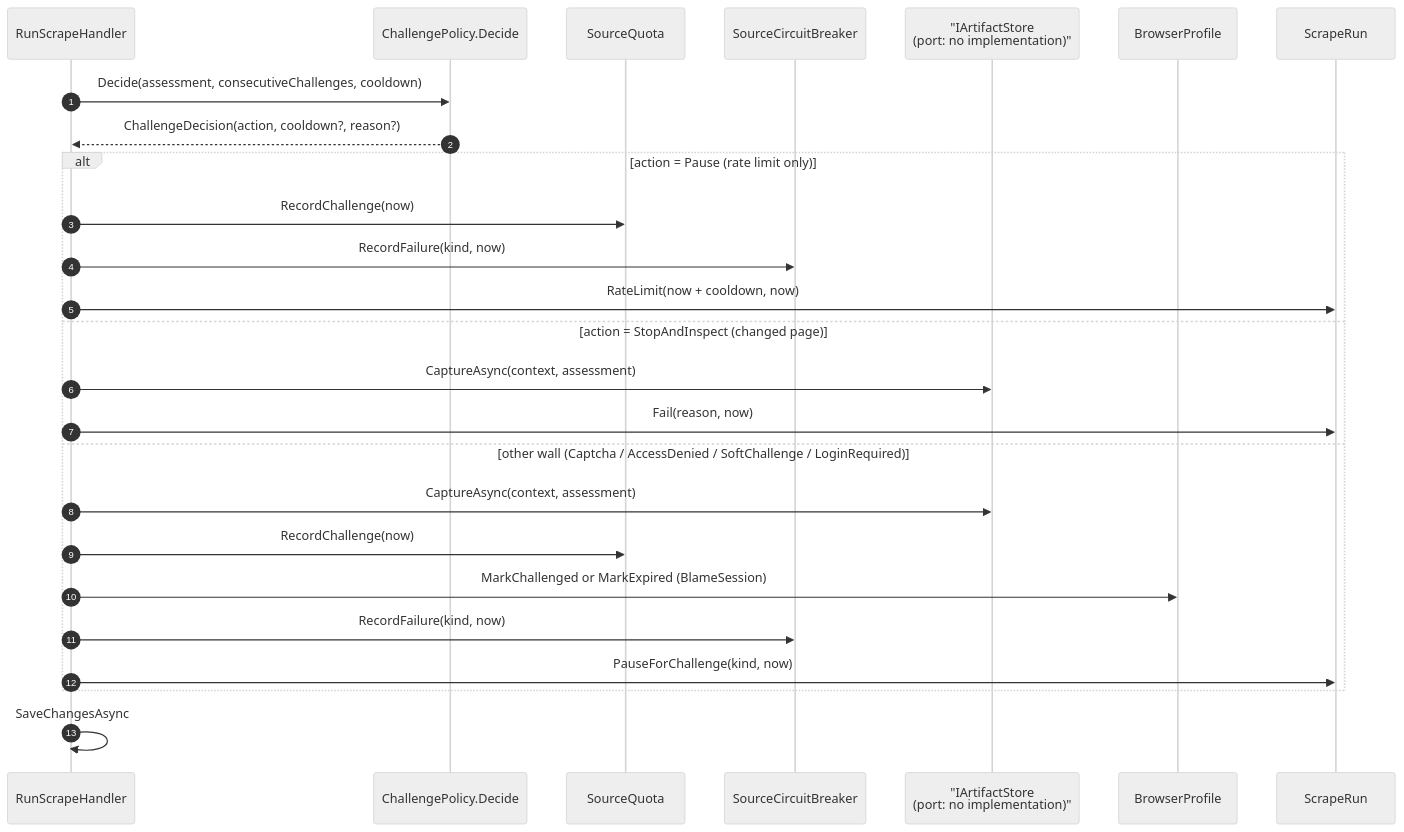
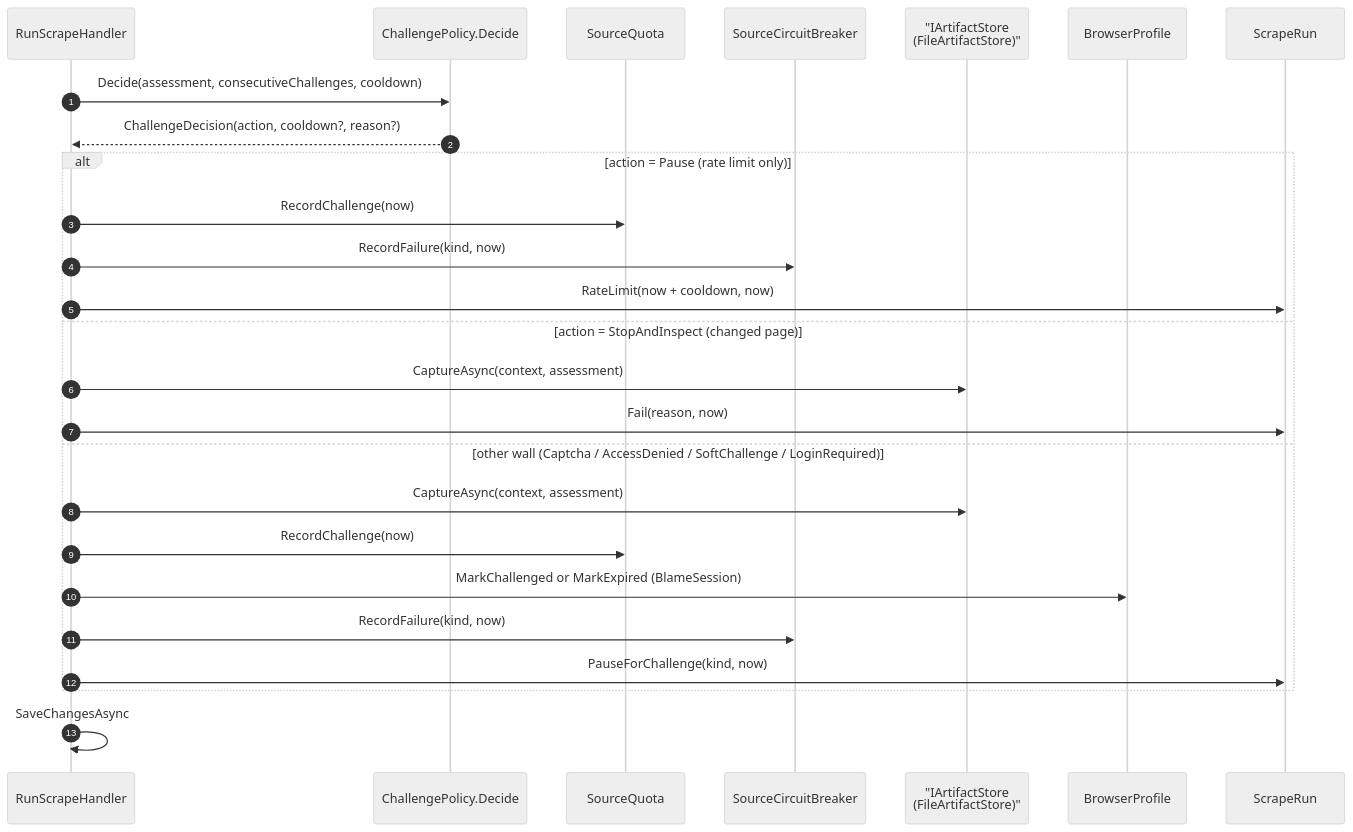
Before and after one commit to AslamNazeerShaikh/PlaywrightDotNet: the seventh of 11 diagrams in docs/02-architecture.md, drawn with Mermaid (neutral theme). The commit also changed other lines of this file and 82 other files, not shown here.

````diff
--- a/docs/02-architecture.md
+++ b/docs/02-architecture.md
@@ -364,29 +402,29 @@
 ```mermaid
 sequenceDiagram
     autonumber
     participant H as RunScrapeHandler
     participant POL as ChallengePolicy.Decide
     participant Q as SourceQuota
     participant CIR as SourceCircuitBreaker
-    participant ART as "IArtifactStore<br/>(port: no implementation)"
+    participant ART as "IArtifactStore<br/>(FileArtifactStore)"
     participant BR as BrowserProfile
     participant R as ScrapeRun
 
     H->>POL: Decide(assessment, consecutiveChallenges, cooldown)
     POL-->>H: ChallengeDecision(action, cooldown?, reason?)
     alt action = Pause (rate limit only)
         H->>Q: RecordChallenge(now)
         H->>CIR: RecordFailure(kind, now)
         H->>R: RateLimit(now + cooldown, now)
     else action = StopAndInspect (changed page)
         H->>ART: CaptureAsync(context, assessment)
         H->>R: Fail(reason, now)
     else other wall (Captcha / AccessDenied / SoftChallenge / LoginRequired)
         H->>ART: CaptureAsync(context, assessment)
         H->>Q: RecordChallenge(now)
         H->>BR: MarkChallenged or MarkExpired (BlameSession)
         H->>CIR: RecordFailure(kind, now)
         H->>R: PauseForChallenge(kind, now)
     end
     H->>H: SaveChangesAsync
 ```
````
